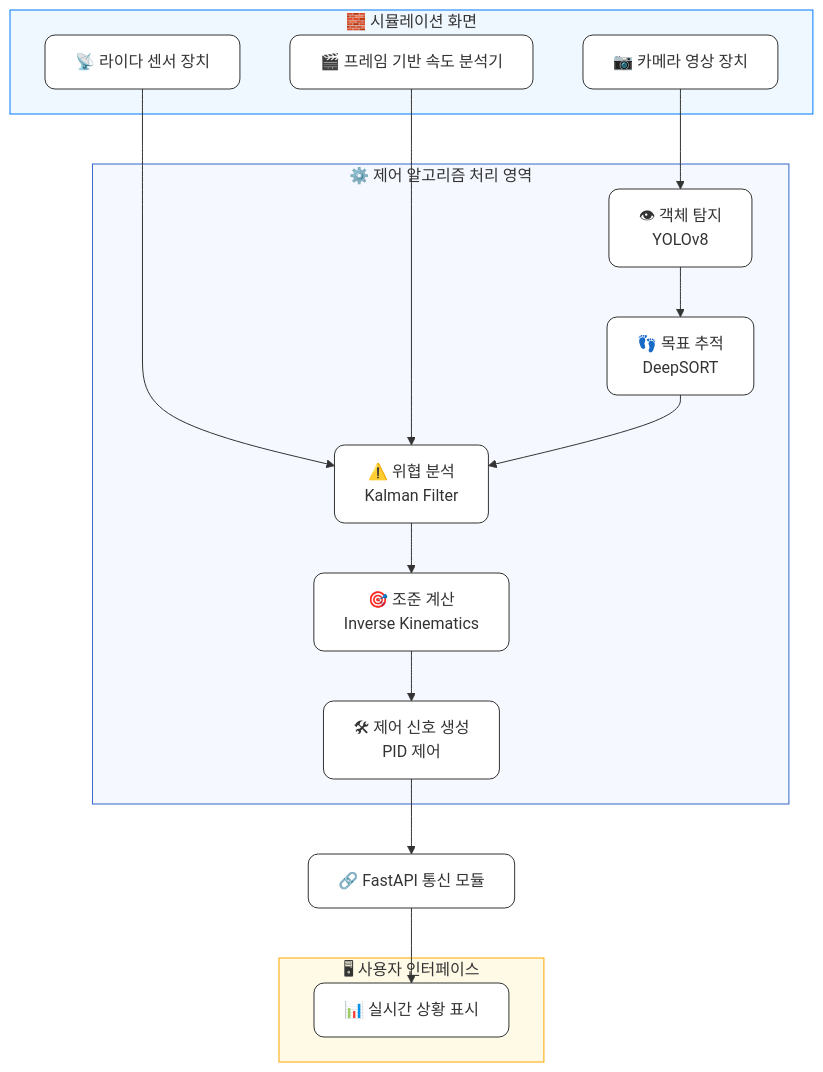
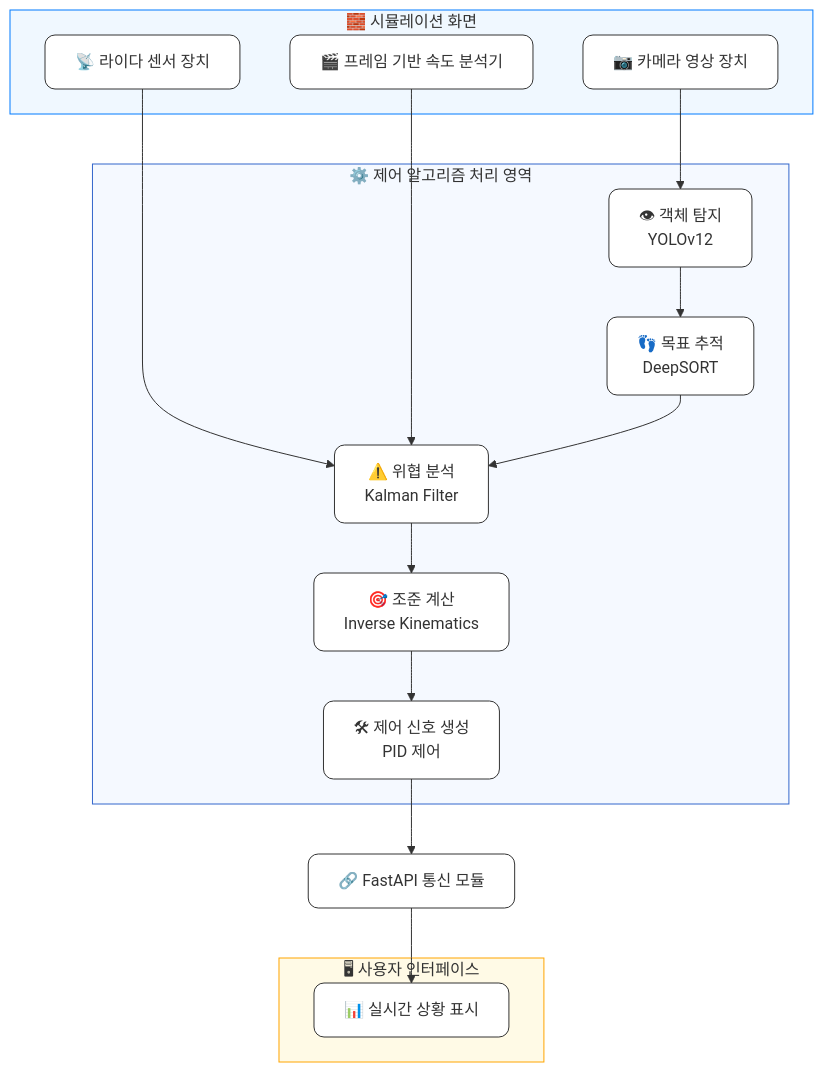
One commit to Rotem-Third-Project/Battlefield-object-recognition-learning-model changed the diagram in 요구사항정의서.md. Above: the diagram before and after it, drawn with Mermaid. The commit also changed other lines of this file, not shown here.

````diff
--- a/요구사항정의서.md
+++ b/요구사항정의서.md
@@ -42,47 +42,47 @@
 ```mermaid
 flowchart TB
 
     %% 🧱 시뮬레이션 화면
     subgraph Sim_Screen ["🧱 시뮬레이션 화면"]
         Cam[📷 카메라 영상 장치]
         Lidar[📡 라이다 센서 장치]
         Motion[🎬 프레임 기반 속도 분석기]
     end
 
     %% ⚙️ 제어 알고리즘 영역
     subgraph AI_Control ["⚙️ 제어 알고리즘 처리 영역"]
-        Detect[👁 객체 탐지<br/>YOLOv8]
+        Detect[👁 객체 탐지<br/>YOLOv12]
         Track[👣 목표 추적<br/>DeepSORT]
         Threat[⚠️ 위협 분석<br/>Kalman Filter]
         Aiming[🎯 조준 계산<br/>Inverse Kinematics]
         ControlGen[🛠 제어 신호 생성<br/>PID 제어]
     end
 
     %% 🖥 사용자 인터페이스
     subgraph User_UI ["🖥 사용자 인터페이스"]
         Dashboard[📊 실시간 상황 표시]
     end
 
     %% 통신 모듈 (중간)
     APIConn[🔗 FastAPI 통신 모듈]
 
     %% 연결 관계 (위에서 아래로 흐르도록 정렬)
     Cam --> Detect
     Lidar --> Threat
     Motion --> Threat
     Detect --> Track
     Track --> Threat
     Threat --> Aiming
     Aiming --> ControlGen
     ControlGen --> APIConn
     APIConn --> Dashboard
 
     %% 스타일: 서브그래프 색상
     style Sim_Screen fill:#F0F8FF,stroke:#007BFF,stroke-width:1px
     style AI_Control fill:#F5F9FF,stroke:#3366CC,stroke-width:1px
     style User_UI fill:#FFFAE6,stroke:#FFA500,stroke-width:1px
 
     %% 노드 스타일 정의
     classDef node_style fill:#FFFFFF,stroke:#333333,stroke-width:1px,rx:10,ry:10;
     class Cam,Lidar,Motion,Detect,Track,Threat,Aiming,ControlGen,APIConn,Dashboard node_style;
 ```
````
